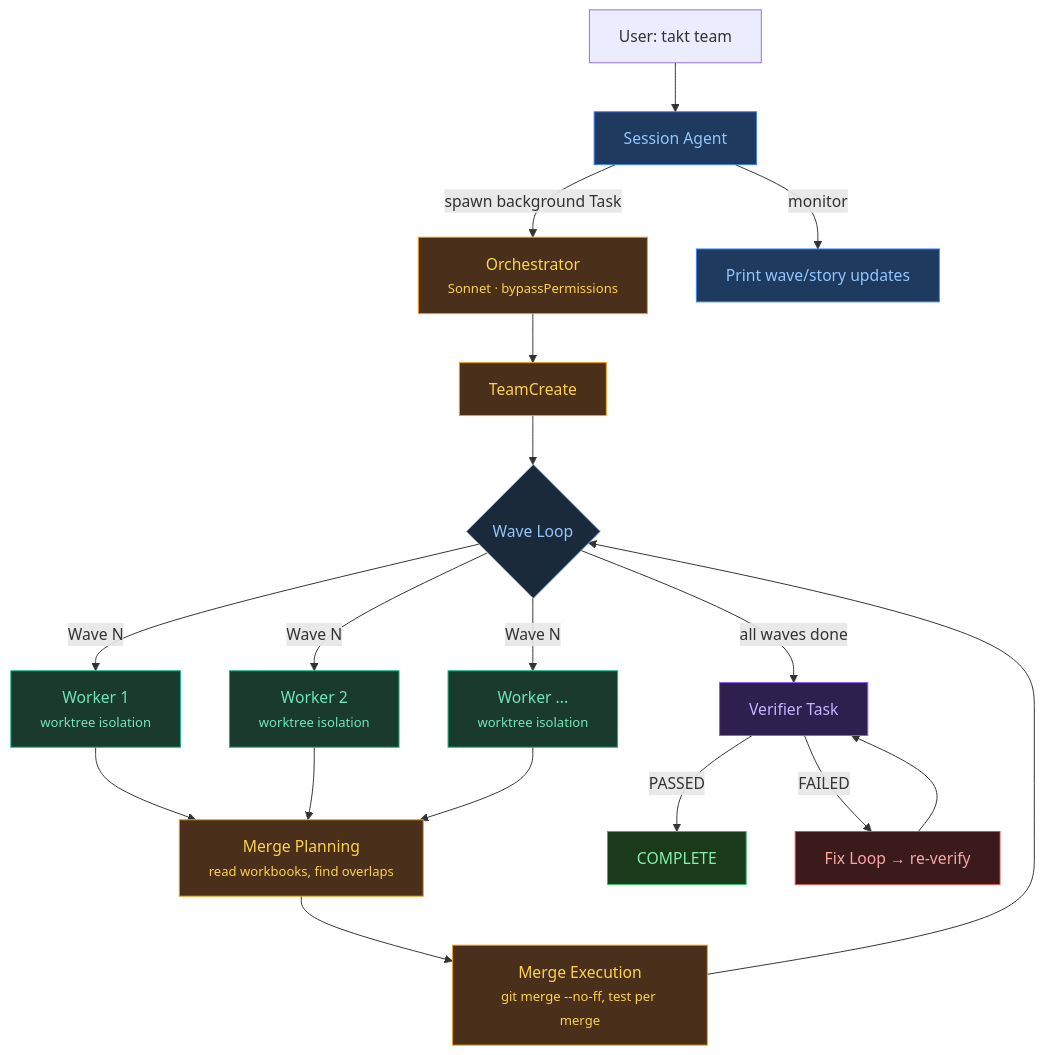
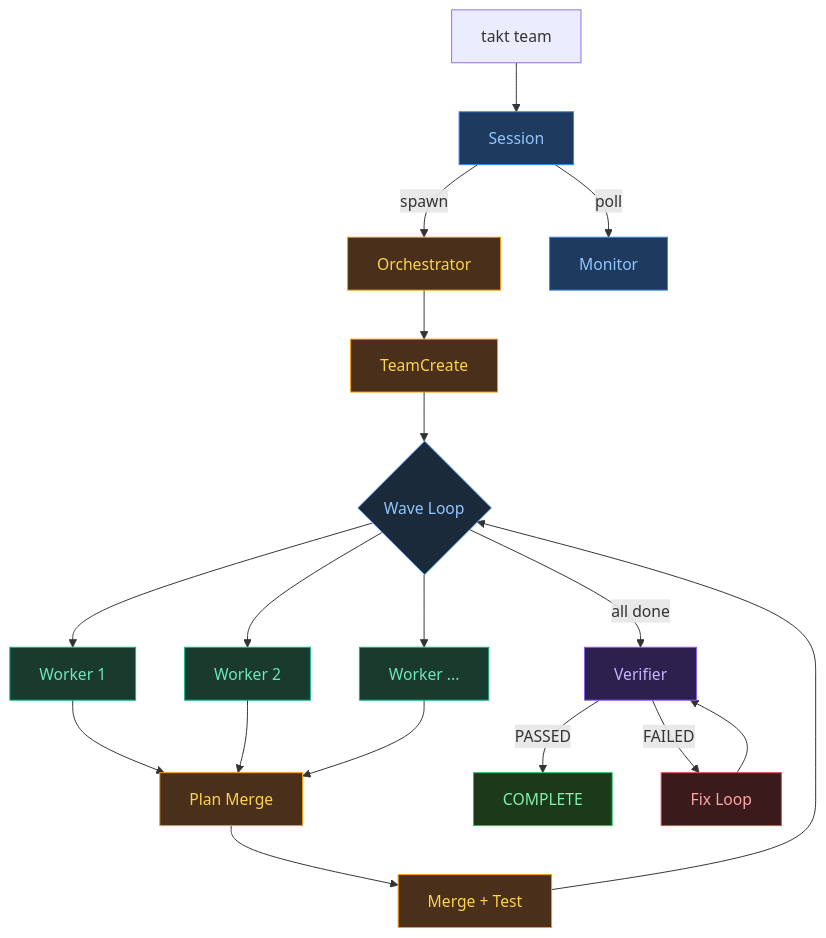
The fourth of 4 diagrams in README.md (Sebstrdigital/takt), drawn with Mermaid before and after one commit. The commit also changed other lines of this file, not shown here.

First line of the commit message:
fix: shorten mermaid node labels for GitHub rendering

````diff
--- a/README.md
+++ b/README.md
@@ -148,39 +148,39 @@
 ```mermaid
 graph TD
-    U["User: takt team"] --> S["Session Agent"]
-    S --> |"spawn background Task"| O["Orchestrator<br/><small>Sonnet · bypassPermissions</small>"]
-    S --> |"monitor"| M["Print wave/story updates"]
+    U["takt team"] --> S["Session"]
+    S -- "spawn" --> O["Orchestrator"]
+    S -- "poll" --> M["Monitor"]
 
     O --> T["TeamCreate"]
     T --> WL{"Wave Loop"}
 
-    WL --> |"Wave N"| W1["Worker 1<br/><small>worktree isolation</small>"]
-    WL --> |"Wave N"| W2["Worker 2<br/><small>worktree isolation</small>"]
-    WL --> |"Wave N"| W3["Worker ...<br/><small>worktree isolation</small>"]
+    WL --> W1["Worker 1"]
+    WL --> W2["Worker 2"]
+    WL --> W3["Worker ..."]
 
-    W1 --> MP["Merge Planning<br/><small>read workbooks, find overlaps</small>"]
+    W1 --> MP["Plan Merge"]
     W2 --> MP
     W3 --> MP
 
-    MP --> ME["Merge Execution<br/><small>git merge --no-ff, test per merge</small>"]
+    MP --> ME["Merge + Test"]
     ME --> WL
 
-    WL --> |"all waves done"| SV["Verifier Task"]
-    SV --> |"PASSED"| C["COMPLETE"]
-    SV --> |"FAILED"| FL["Fix Loop → re-verify"]
+    WL -- "all done" --> SV["Verifier"]
+    SV -- "PASSED" --> C["COMPLETE"]
+    SV -- "FAILED" --> FL["Fix Loop"]
     FL --> SV
 
     style S fill:#1e3a5f,stroke:#3b82f6,color:#93c5fd
     style M fill:#1e3a5f,stroke:#3b82f6,color:#93c5fd
     style O fill:#4a2f1a,stroke:#f59e0b,color:#fcd34d
     style T fill:#4a2f1a,stroke:#f59e0b,color:#fcd34d
     style W1 fill:#1a3a2e,stroke:#10b981,color:#6ee7b7
     style W2 fill:#1a3a2e,stroke:#10b981,color:#6ee7b7
     style W3 fill:#1a3a2e,stroke:#10b981,color:#6ee7b7
     style MP fill:#4a2f1a,stroke:#f59e0b,color:#fcd34d
     style ME fill:#4a2f1a,stroke:#f59e0b,color:#fcd34d
     style SV fill:#2d1f4e,stroke:#8b5cf6,color:#c4b5fd
     style C fill:#1a3a1a,stroke:#22c55e,color:#86efac
     style WL fill:#1a2a3a,stroke:#60a5fa,color:#93c5fd
     style FL fill:#3a1a1a,stroke:#ef4444,color:#fca5a5
 ```
````
